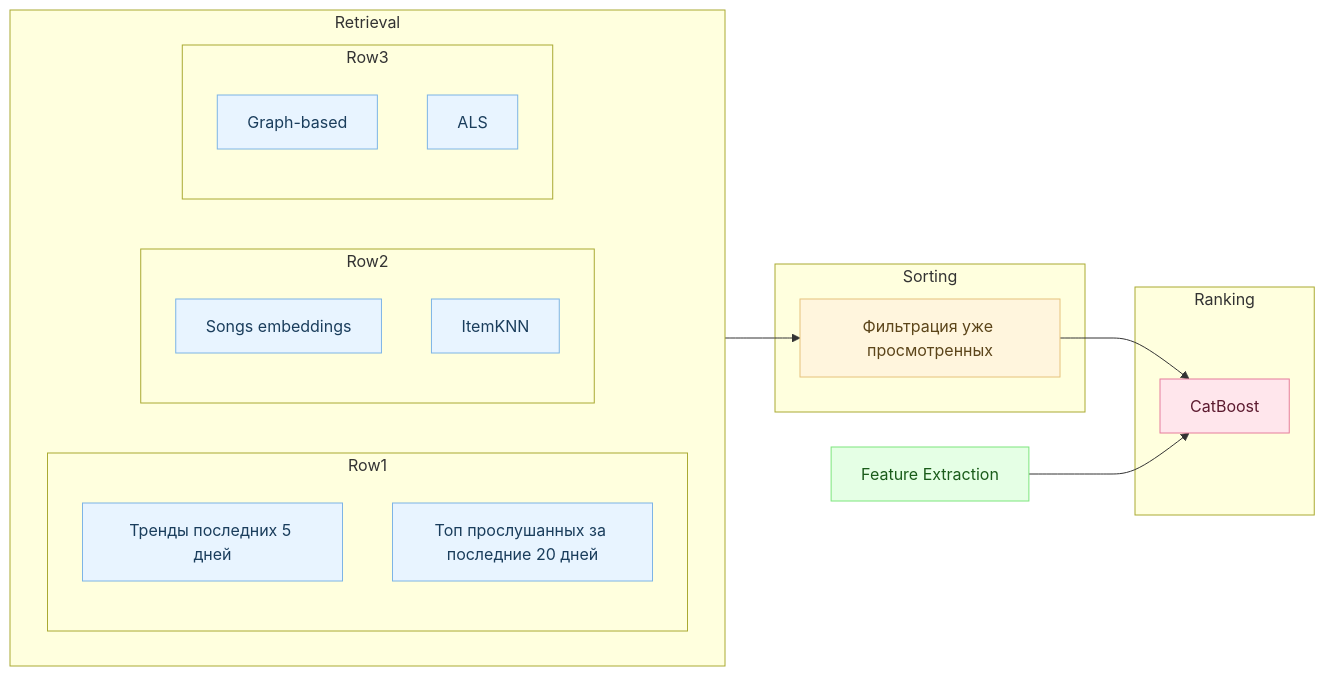
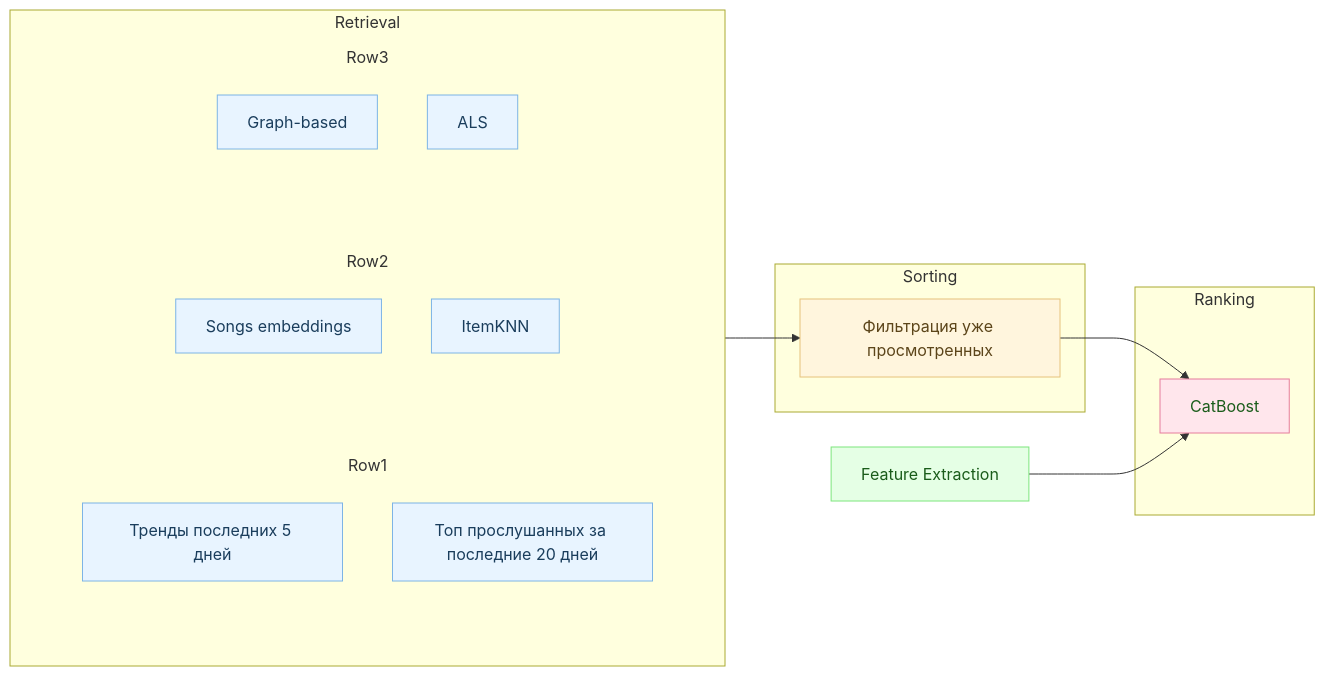
Before and after one commit to Nastasy822/music-recommendation-experiments: the second of 2 diagrams in README.md, drawn with Mermaid.

Commit message:
docs: add diagram of preprocessing

````diff
--- a/README.md
+++ b/README.md
@@ -237,53 +237,58 @@
 ```mermaid
 flowchart LR
 
     %% === Блоки пайплайна ===
     subgraph RETRIEVAL ["Retrieval"]
         direction LR
 
         subgraph Row1
             direction TB
             PopAll["Тренды последних 5 дней"]
             PopUser["Топ прослушанных за последние 20 дней"]
         end
 
         subgraph Row2
             direction TB
             SIM["Songs embeddings"]
             ITEMKNN["ItemKNN"]
         end
 
         subgraph Row3
             direction TB
             GRAPH["Graph-based"]
             ALS["ALS"]
         end
     end
 
     subgraph SORTING ["Sorting"]
         FILTER["Фильтрация уже просмотренных"]
     end
 
     subgraph RANKING ["Ranking"]
         RANK["CatBoost"]
     end
 
-    %% === Отдельный нижний блок Feature Extraction ===
+    %% === Feature Extraction ===
     FEATS["Feature Extraction"]
 
-    %% === Потоки данных ===
+    %% === Потоки ===
     RETRIEVAL --> FILTER
     FILTER --> RANK
     FEATS --> RANK
 
-    %% === Цветовые стили ===
+    %% === Стили ===
     classDef retrieval fill:#e8f4ff,stroke:#7db4e6,color:#1a3d5c;
     classDef sorting fill:#fff5dd,stroke:#e6c27d,color:#5c451a;
-    classDef ranking fill:#ffe6ec,stroke:#e67d9c,color:#5c1a2f;
+    classDef ranking fill:#ffe6ec,stroke:#e67d9c,color:#1a5c1a;
     classDef features fill:#e5ffe5,stroke:#7de67d,color:#1a5c1a;
 
     class PopAll,PopUser,SIM,ALS,ITEMKNN,GRAPH retrieval;
     class FILTER sorting;
     class RANK ranking;
     class FEATS features;
+
+    %% === Скрываем рамки Row1 / Row2 / Row3 ===
+    style Row1 fill:transparent,stroke-width:0
+    style Row2 fill:transparent,stroke-width:0
+    style Row3 fill:transparent,stroke-width:0
 ```
````
